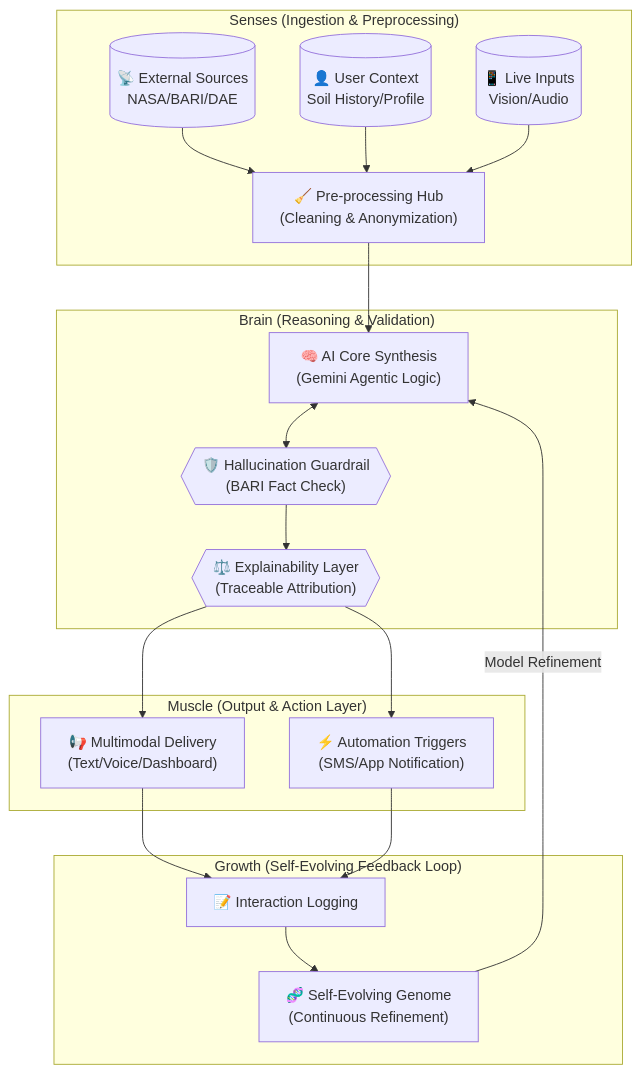
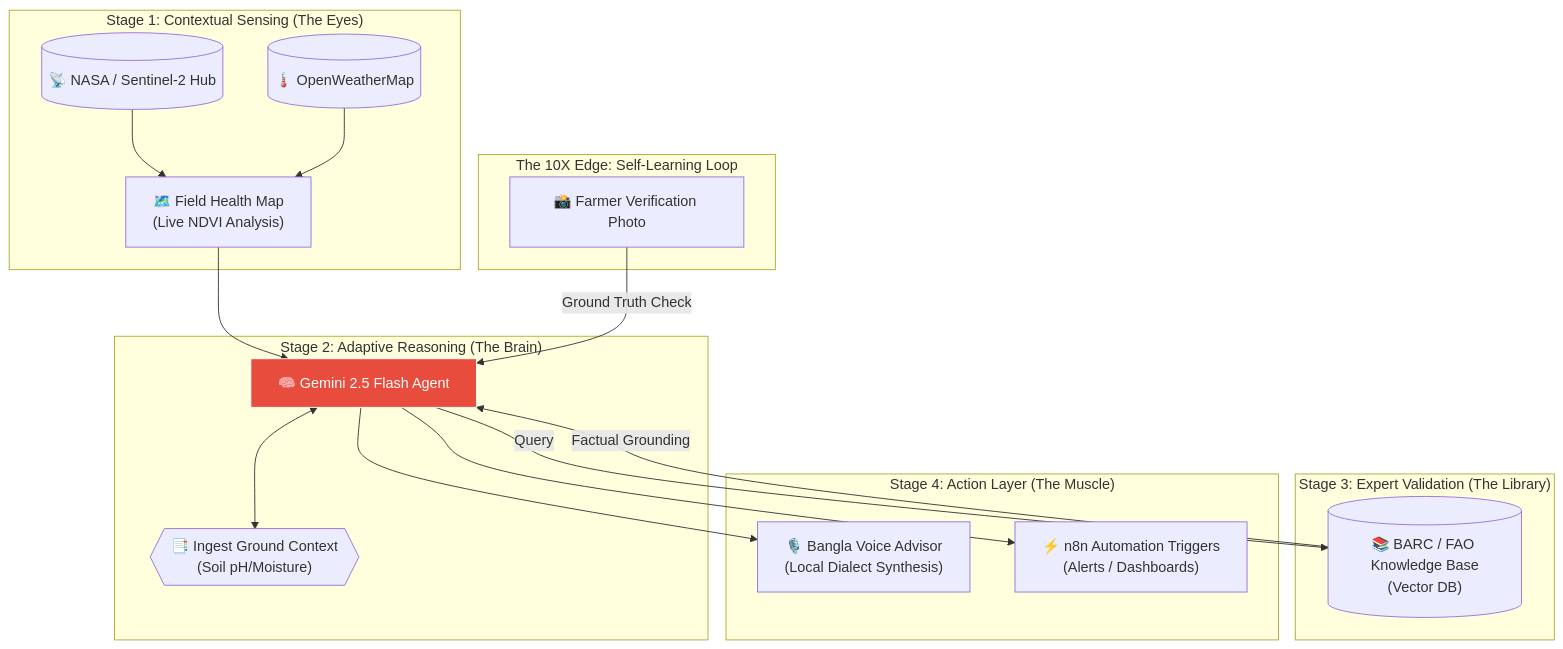
One commit to yasar-sys/agri-shokti-bangla changed the diagram in SYSTEM_FLOW.md. Above: the diagram before and after it, drawn with Mermaid. The commit also changed other lines of this file and 1 other file, not shown here.

Commit message:
docs: upgrade to 4-stage Agri-Logic pipeline and Innovation Edge features for MXB 2026

````diff
--- a/SYSTEM_FLOW.md
+++ b/SYSTEM_FLOW.md
@@ -47,38 +10,38 @@
 ```mermaid
 graph TD
-    %% Senses: Data Ingestion
-    subgraph "Senses (Ingestion & Preprocessing)"
-        S1[("📡 External Sources<br/>NASA/BARI/DAE")] --> P1["🧹 Pre-processing Hub<br/>(Cleaning & Anonymization)"]
-        S2[("👤 User Context<br/>Soil History/Profile")] --> P1
-        S3[("📱 Live Inputs<br/>Vision/Audio")] --> P1
+    %% Stage 1: Contextual Sensing
+    subgraph "Stage 1: Contextual Sensing (The Eyes)"
+        S1[("📡 NASA / Sentinel-2 Hub")] --> S2["🗺️ Field Health Map<br/>(Live NDVI Analysis)"]
+        S3[("🌡️ OpenWeatherMap")] --> S2
     end
 
-    %% Brain: Reasoning Core
-    subgraph "Brain (Reasoning & Validation)"
-        RC1["🧠 AI Core Synthesis<br/>(Gemini Agentic Logic)"]
-        RC2{{"🛡️ Hallucination Guardrail<br/>(BARI Fact Check)"}}
-        RC3{{"⚖️ Explainability Layer<br/>(Traceable Attribution)"}}
+    %% Stage 2: Adaptive Reasoning
+    subgraph "Stage 2: Adaptive Reasoning (The Brain)"
+        R1["🧠 Gemini 2.5 Flash Agent"]
+        R2{{"📑 Ingest Ground Context<br/>(Soil pH/Moisture)"}}
+        R1 <--> R2
+        S2 --> R1
     end
 
-    %% Movement: Action Layer
-    subgraph "Muscle (Output & Action Layer)"
-        AL1["📢 Multimodal Delivery<br/>(Text/Voice/Dashboard)"]
-        AL2["⚡ Automation Triggers<br/>(SMS/App Notification)"]
+    %% Stage 3: Expert Validation
+    subgraph "Stage 3: Expert Validation (The Library)"
+        V1[("📚 BARC / FAO Knowledge Base<br/>(Vector DB)")]
+        R1 -->|Query| V1
+        V1 -->|Factual Grounding| R1
+    end
+
+    %% Stage 4: Hyper-Localized Delivery (The Voice)
+    subgraph "Stage 4: Action Layer (The Muscle)"
+        D1["🎙️ Bangla Voice Advisor<br/>(Local Dialect Synthesis)"]
+        D2["⚡ n8n Automation Triggers<br/>(Alerts / Dashboards)"]
+        R1 --> D1 & D2
     end
 
     %% Feedback Loop
-    subgraph "Growth (Self-Evolving Feedback Loop)"
-        FL1["📝 Interaction Logging"]
-        FL2["🧬 Self-Evolving Genome<br/>(Continuous Refinement)"]
+    subgraph "The 10X Edge: Self-Learning Loop"
+        L1["📸 Farmer Verification Photo"]
+        L1 -->|Ground Truth Check| R1
     end
 
-    %% Connections
-    P1 --> RC1
-    RC1 <--> RC2
-    RC2 --> RC3
-    RC3 --> AL1 & AL2
-    
-    AL1 & AL2 --> FL1
-    FL1 --> FL2
-    FL2 -->|Model Refinement| RC1
+    style R1 fill:#e74c3c,stroke:#fff,color:#fff
 ```
````
